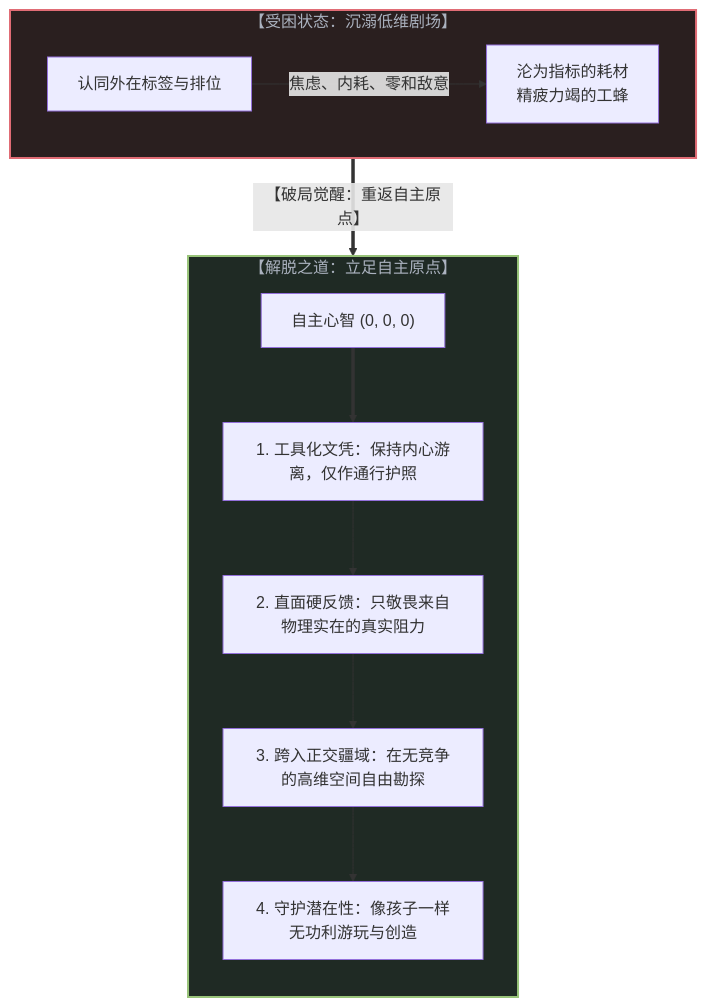
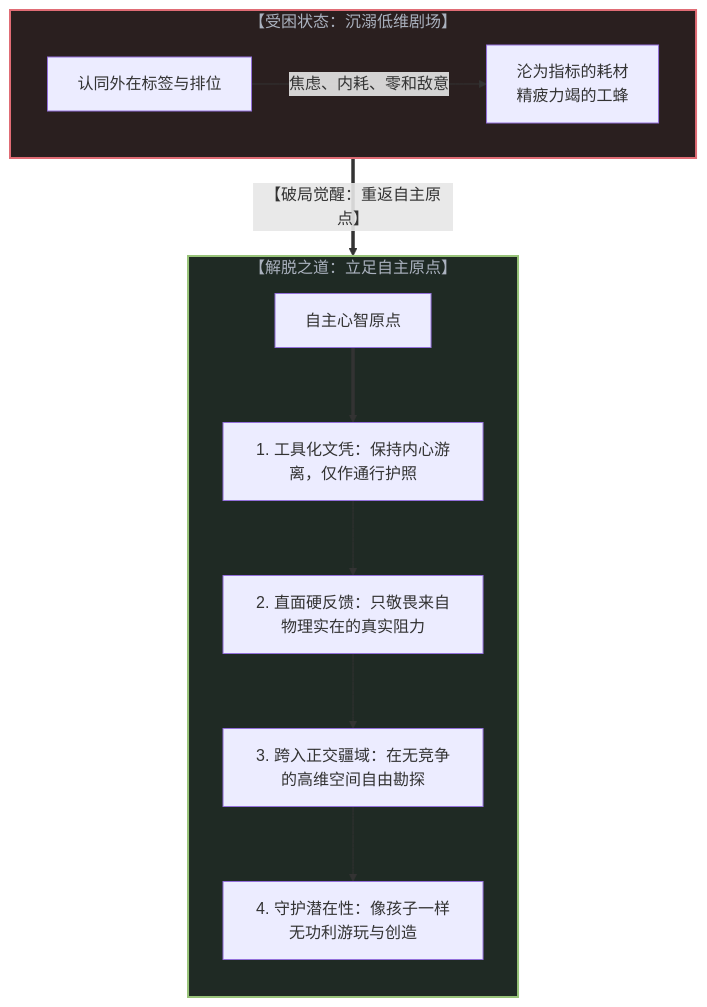
The ninth of 10 diagrams in content/posts/the-reversal-of-education-and-science.md (powerpig99/not-a-toe), drawn with Mermaid before and after one commit. The commit also changed other lines of this file and 15 other files, not shown here.

````diff
--- a/content/posts/the-reversal-of-education-and-science.md
+++ b/content/posts/the-reversal-of-education-and-science.md
@@ -393,27 +393,27 @@
 ```mermaid
 graph TD
     subgraph Trap["【受困状态：沉溺低维剧场】"]
         TrapMind["认同外在标签与排位"]
         TrapMind -->|"焦虑、内耗、零和敌意"| Misery["沦为指标的耗材<br>精疲力竭的工蜂"]
     end
 
     Trap ==>|"【破局觉醒：重返自主原点】"| Sovereign
 
     subgraph Sovereign["【解脱之道：立足自主原点】"]
         direction TB
-        SovereignMind["自主心智 (0, 0, 0)"]
+        SovereignMind["自主心智原点"]
         
         Step1["1. 工具化文凭：保持内心游离，仅作通行护照"]
         Step2["2. 直面硬反馈：只敬畏来自物理实在的真实阻力"]
         Step3["3. 跨入正交疆域：在无竞争的高维空间自由勘探"]
         Step4["4. 守护潜在性：像孩子一样无功利游玩与创造"]
 
         SovereignMind ==> Step1
         Step1 --> Step2
         Step2 --> Step3
         Step3 --> Step4
     end
 
     style Trap fill:#2a1f1f,stroke:#e06c75,stroke-width:2px,color:#abb2bf
     style Sovereign fill:#1f2a24,stroke:#98c379,stroke-width:2px,color:#abb2bf
 ```
````
